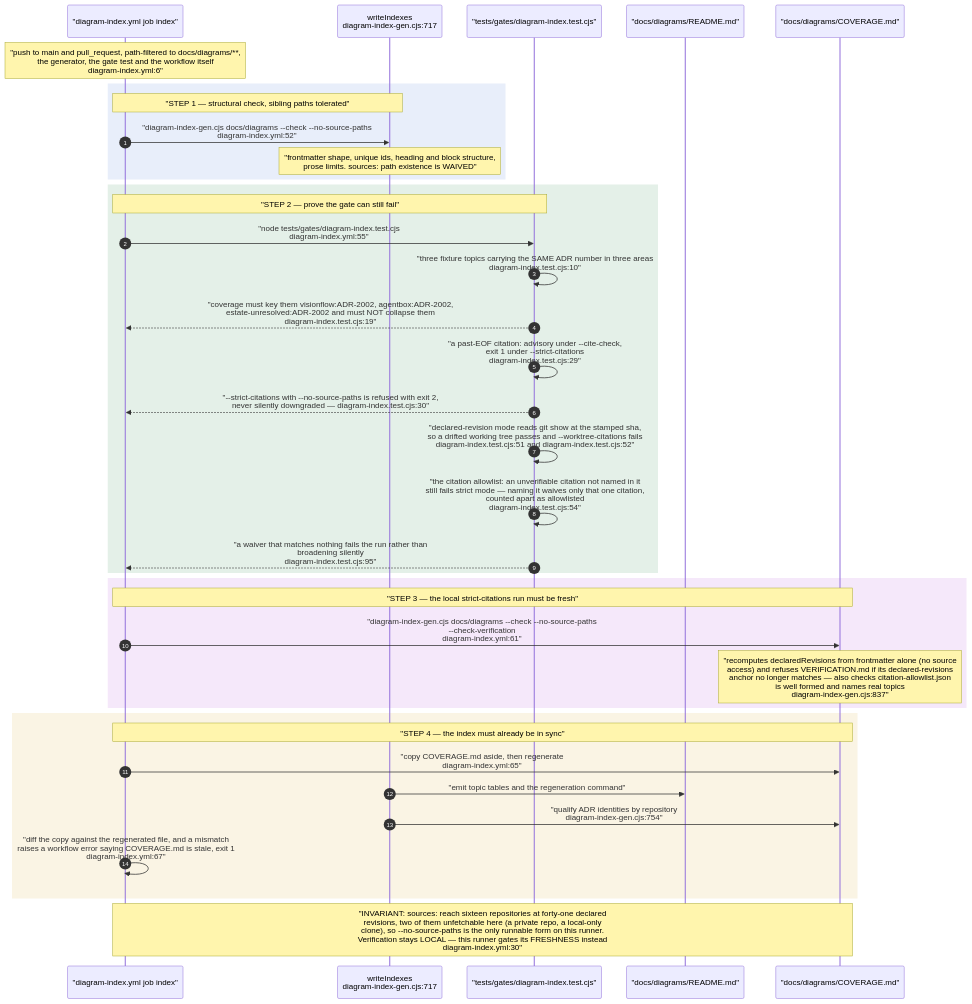
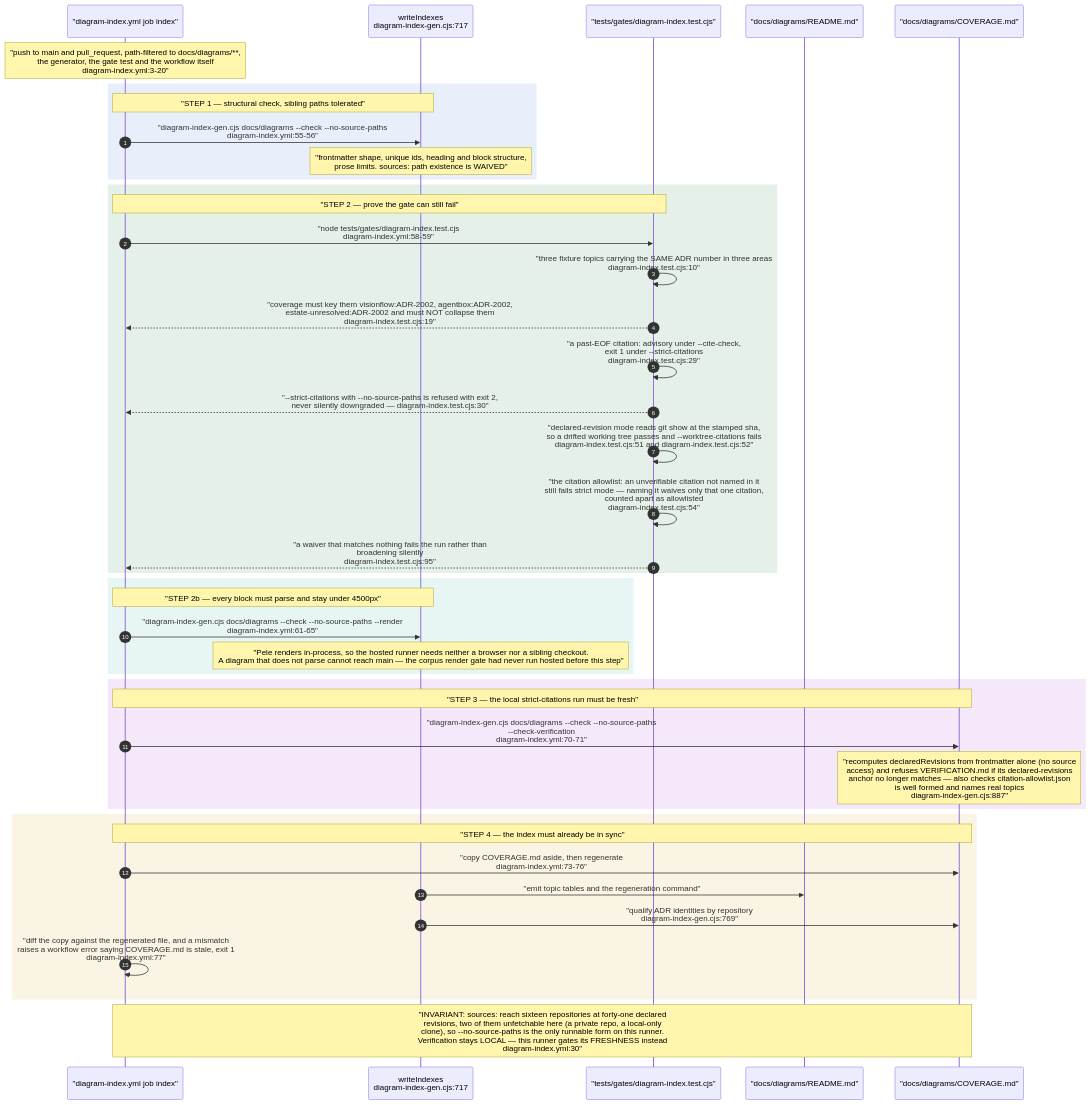
Before and after one commit to DreamLab-AI/VisionFlow: diagram 12 of 15 in docs/diagrams/visionflow/06-diagram-tooling.md, drawn with Mermaid. The commit also changed other lines of this file and 160 other files, not shown here.

````diff
--- a/docs/diagrams/visionflow/06-diagram-tooling.md
+++ b/docs/diagrams/visionflow/06-diagram-tooling.md
@@ -376,45 +362,51 @@
 ```mermaid
 sequenceDiagram
     autonumber
     participant CI as "diagram-index.yml job index"
     participant G as writeIndexes<br/>diagram-index-gen.cjs:717
     participant T as "tests/gates/diagram-index.test.cjs"
     participant RM as "docs/diagrams/README.md"
     participant CV as "docs/diagrams/COVERAGE.md"
 
-    Note over CI: "push to main and pull_request, path-filtered to docs/diagrams/**,<br/>the generator, the gate test and the workflow itself<br/>diagram-index.yml:6"
+    Note over CI: "push to main and pull_request, path-filtered to docs/diagrams/**,<br/>the generator, the gate test and the workflow itself<br/>diagram-index.yml:3-20"
 
     rect rgb(232, 238, 250)
     Note over CI,G: "STEP 1 — structural check, sibling paths tolerated"
-    CI->>G: "diagram-index-gen.cjs docs/diagrams --check --no-source-paths<br/>diagram-index.yml:52"
+    CI->>G: "diagram-index-gen.cjs docs/diagrams --check --no-source-paths<br/>diagram-index.yml:55-56"
     Note over G: "frontmatter shape, unique ids, heading and block structure,<br/>prose limits. sources: path existence is WAIVED"
     end
 
     rect rgb(228, 240, 232)
     Note over CI,T: "STEP 2 — prove the gate can still fail"
-    CI->>T: "node tests/gates/diagram-index.test.cjs<br/>diagram-index.yml:55"
+    CI->>T: "node tests/gates/diagram-index.test.cjs<br/>diagram-index.yml:58-59"
     T->>T: "three fixture topics carrying the SAME ADR number in three areas<br/>diagram-index.test.cjs:10"
     T-->>CI: "coverage must key them visionflow:ADR-2002, agentbox:ADR-2002,<br/>estate-unresolved:ADR-2002 and must NOT collapse them<br/>diagram-index.test.cjs:19"
     T->>T: "a past-EOF citation: advisory under --cite-check,<br/>exit 1 under --strict-citations<br/>diagram-index.test.cjs:29"
     T-->>CI: "--strict-citations with --no-source-paths is refused with exit 2,<br/>never silently downgraded — diagram-index.test.cjs:30"
     T->>T: "declared-revision mode reads git show at the stamped sha,<br/>so a drifted working tree passes and --worktree-citations fails<br/>diagram-index.test.cjs:51 and diagram-index.test.cjs:52"
     T->>T: "the citation allowlist: an unverifiable citation not named in it<br/>still fails strict mode — naming it waives only that one citation,<br/>counted apart as allowlisted<br/>diagram-index.test.cjs:54"
     T-->>CI: "a waiver that matches nothing fails the run rather than<br/>broadening silently<br/>diagram-index.test.cjs:95"
     end
 
+    rect rgb(232, 245, 245)
+    Note over CI,G: "STEP 2b — every block must parse and stay under 4500px"
+    CI->>G: "diagram-index-gen.cjs docs/diagrams --check --no-source-paths --render<br/>diagram-index.yml:61-65"
+    Note over G: "Pele renders in-process, so the hosted runner needs neither a browser nor a sibling checkout.<br/>A diagram that does not parse cannot reach main — the corpus render gate had never run hosted before this step"
+    end
+
     rect rgb(245, 232, 250)
     Note over CI,CV: "STEP 3 — the local strict-citations run must be fresh"
-    CI->>CV: "diagram-index-gen.cjs docs/diagrams --check --no-source-paths<br/>--check-verification<br/>diagram-index.yml:61"
-    Note over CV: "recomputes declaredRevisions from frontmatter alone (no source<br/>access) and refuses VERIFICATION.md if its declared-revisions<br/>anchor no longer matches — also checks citation-allowlist.json<br/>is well formed and names real topics<br/>diagram-index-gen.cjs:837"
+    CI->>CV: "diagram-index-gen.cjs docs/diagrams --check --no-source-paths<br/>--check-verification<br/>diagram-index.yml:70-71"
+    Note over CV: "recomputes declaredRevisions from frontmatter alone (no source<br/>access) and refuses VERIFICATION.md if its declared-revisions<br/>anchor no longer matches — also checks citation-allowlist.json<br/>is well formed and names real topics<br/>diagram-index-gen.cjs:887"
     end
 
     rect rgb(250, 244, 228)
     Note over CI,CV: "STEP 4 — the index must already be in sync"
-    CI->>CV: "copy COVERAGE.md aside, then regenerate<br/>diagram-index.yml:65"
+    CI->>CV: "copy COVERAGE.md aside, then regenerate<br/>diagram-index.yml:73-76"
     G->>RM: "emit topic tables and the regeneration command"
-    G->>CV: "qualify ADR identities by repository<br/>diagram-index-gen.cjs:754"
-    CI->>CI: "diff the copy against the regenerated file, and a mismatch<br/>raises a workflow error saying COVERAGE.md is stale, exit 1<br/>diagram-index.yml:67"
+    G->>CV: "qualify ADR identities by repository<br/>diagram-index-gen.cjs:769"
+    CI->>CI: "diff the copy against the regenerated file, and a mismatch<br/>raises a workflow error saying COVERAGE.md is stale, exit 1<br/>diagram-index.yml:77"
     end
 
     Note over CI,CV: "INVARIANT: sources: reach sixteen repositories at forty-one declared<br/>revisions, two of them unfetchable here (a private repo, a local-only<br/>clone), so --no-source-paths is the only runnable form on this runner.<br/>Verification stays LOCAL — this runner gates its FRESHNESS instead<br/>diagram-index.yml:30"
 ```
````
